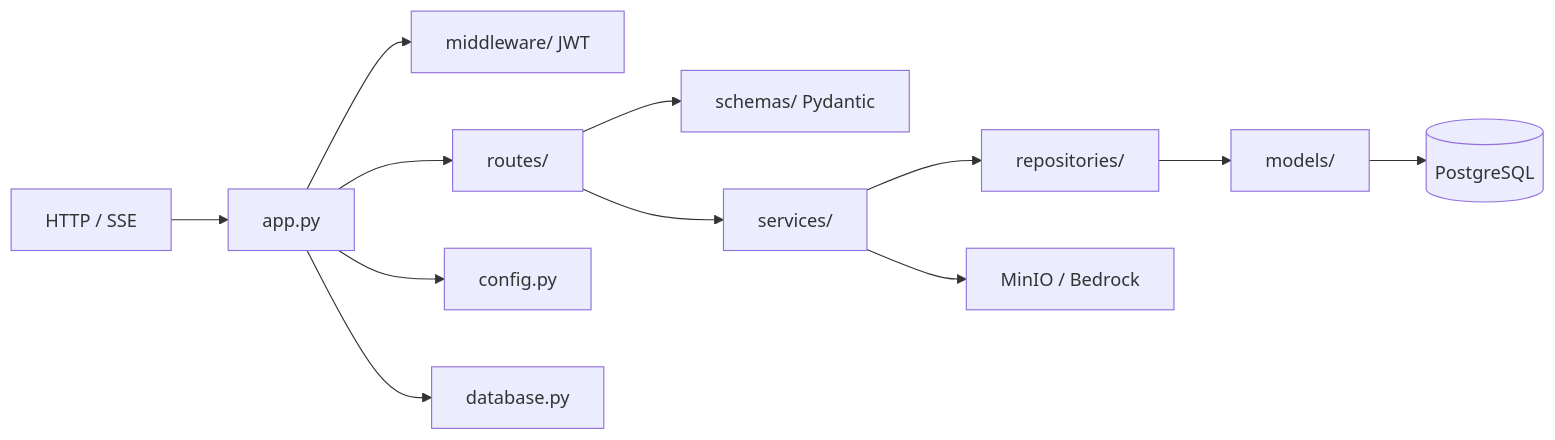
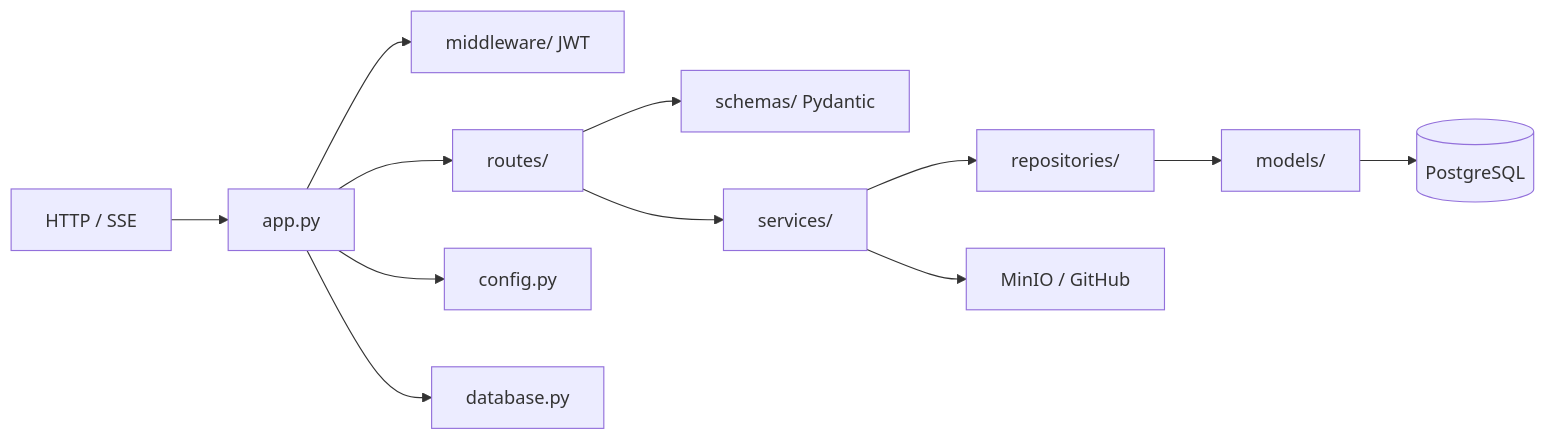
Before and after one commit to cjhirashi/cjhirashi-career: the diagram in cjhirashi-career-api/src/README.md, drawn with Mermaid. The commit also changed other lines of this file and 82 other files, not shown here.

````diff
--- a/cjhirashi-career-api/src/README.md
+++ b/cjhirashi-career-api/src/README.md
@@ -9,14 +9,14 @@
 ```mermaid
 flowchart LR
     HTTP[HTTP / SSE] --> App[app.py]
     App --> MW[middleware/ JWT]
     App --> Routes[routes/]
     Routes --> Schemas[schemas/ Pydantic]
     Routes --> Services[services/]
     Services --> Repos[repositories/]
     Repos --> Models[models/]
     Models --> PG[(PostgreSQL)]
-    Services --> Ext[MinIO / Bedrock]
+    Services --> Ext[MinIO / GitHub]
     App --> Config[config.py]
     App --> DB[database.py]
 ```
````
